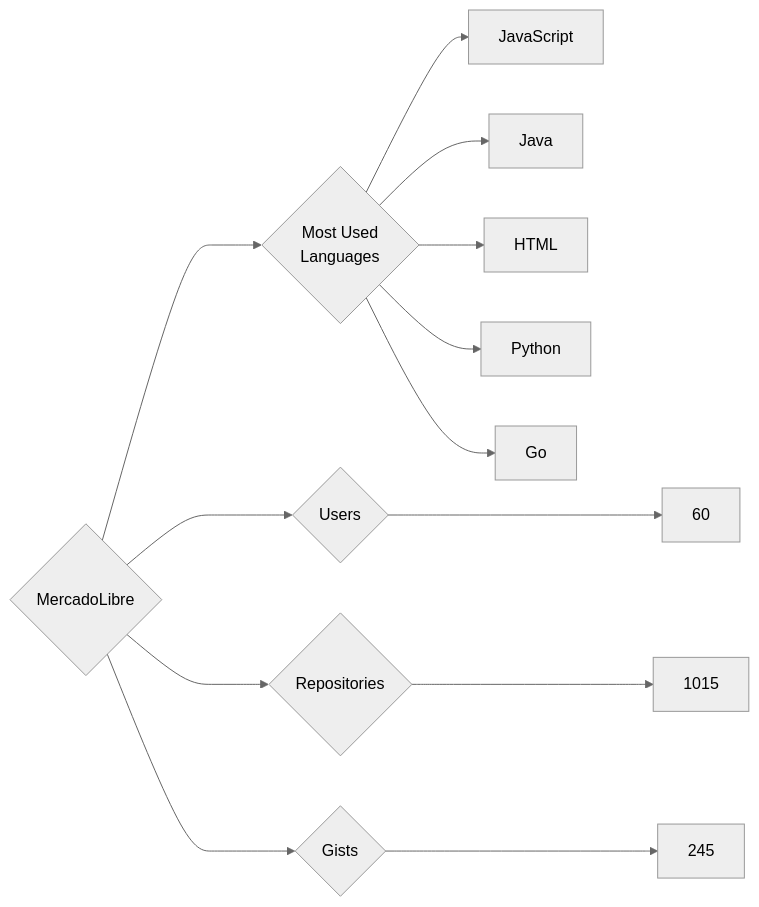
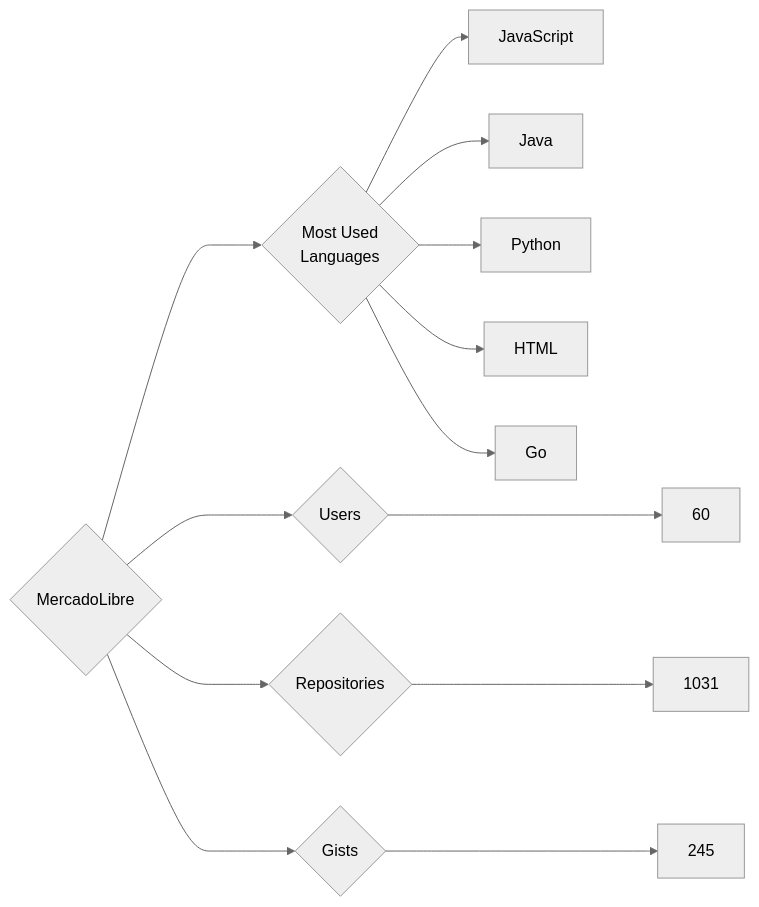
The diagram in targets/MercadoLibre/README.md (trickest/insiders), drawn with Mermaid (neutral theme) before and after one commit. The commit also changed 940 other files, not shown here.

````diff
--- a/targets/MercadoLibre/README.md
+++ b/targets/MercadoLibre/README.md
@@ -3,13 +3,13 @@
 ```mermaid
 graph LR
 COMPANY_NAME{MercadoLibre}
 COMPANY_NAME ---> U{Users} ---> UN[60]
-COMPANY_NAME ---> R{Repositories} ---> RN[1015]
+COMPANY_NAME ---> R{Repositories} ---> RN[1031]
 COMPANY_NAME ---> G{Gists} ---> GN[245]
 COMPANY_NAME ---> ML{Most Used<br>Languages}
 ML --> JavaScript[JavaScript]
 ML --> Java[Java]
+ML --> Python[Python]
 ML --> HTML[HTML]
-ML --> Python[Python]
 ML --> Go[Go]
 ```
````
